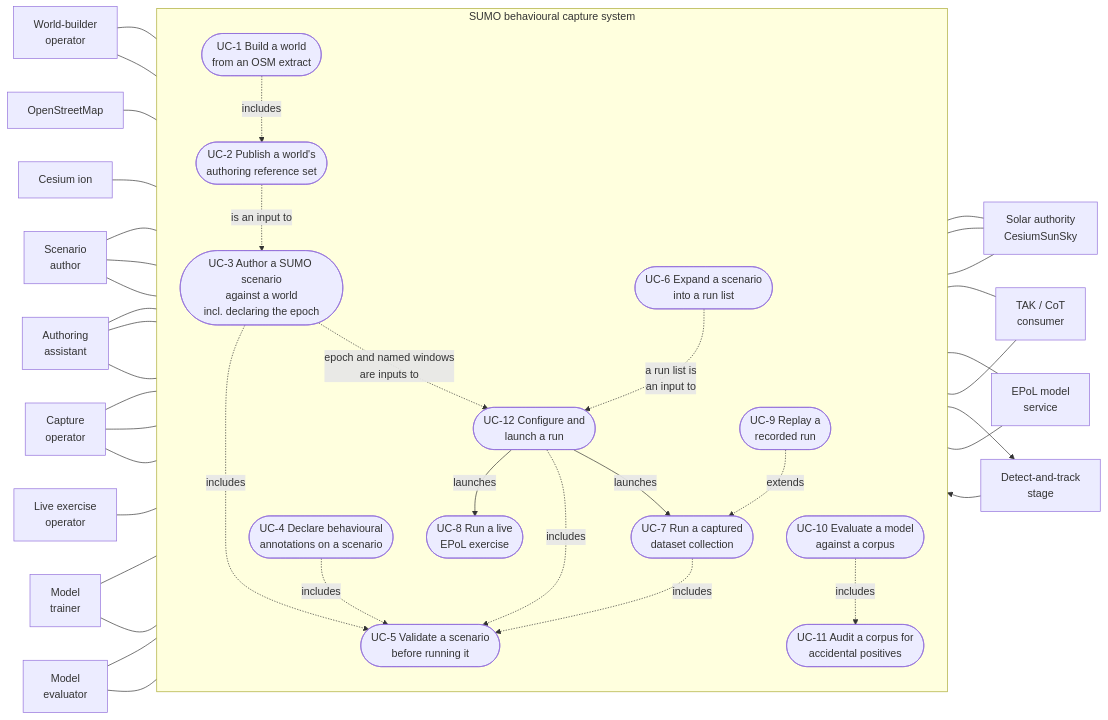
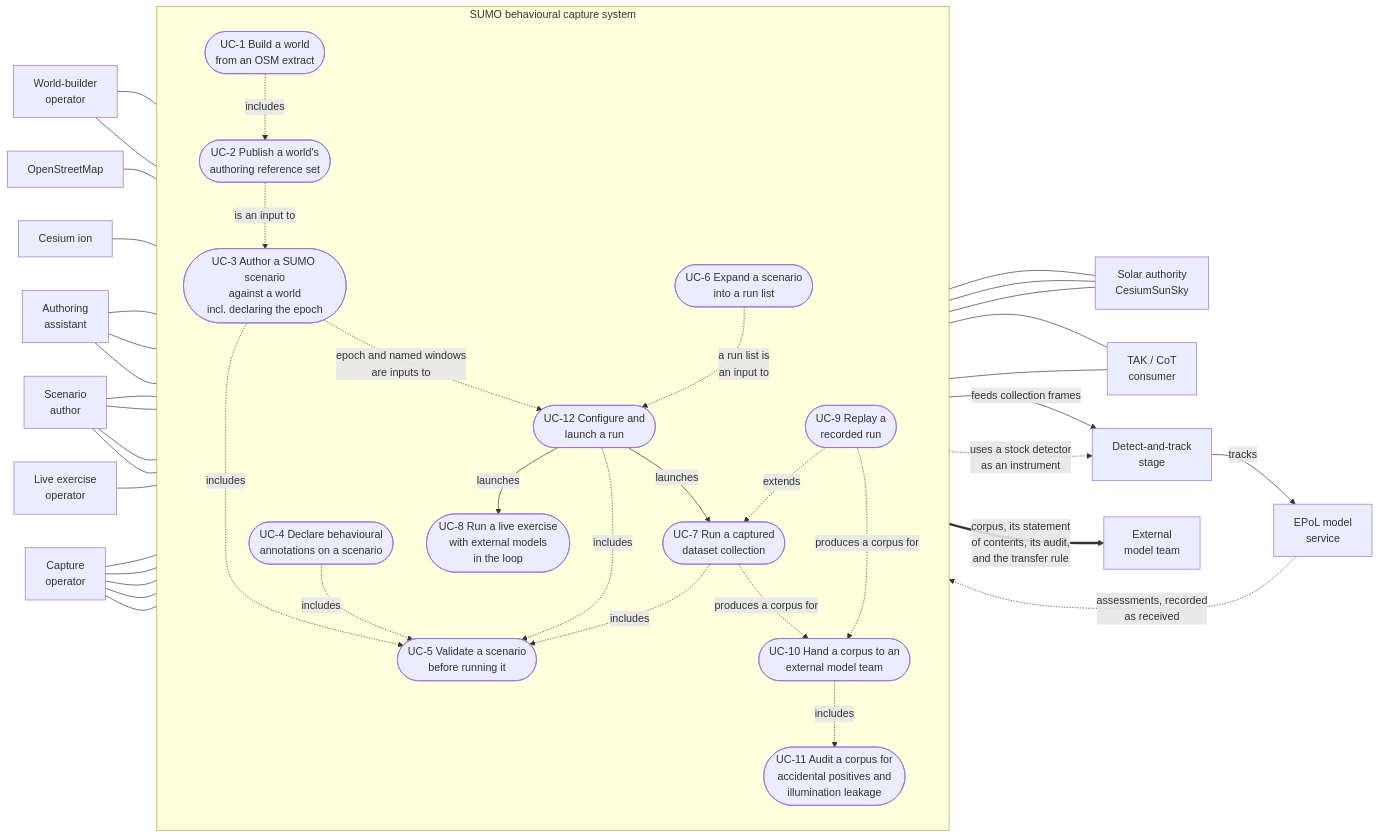
The first of 4 diagrams in Docs/CAT_Research/Plans/SUMO_Behavioral_Capture/02_Use_Cases.md (sbrett9/carla), drawn with Mermaid before and after one commit. The commit also changed other lines of this file and 10 other files, not shown here.

````diff
--- a/Docs/CAT_Research/Plans/SUMO_Behavioral_Capture/02_Use_Cases.md
+++ b/Docs/CAT_Research/Plans/SUMO_Behavioral_Capture/02_Use_Cases.md
@@ -117,78 +234,79 @@
 ```mermaid
 flowchart LR
     AUTH["Scenario<br/>author"]
     ASSIST["Authoring<br/>assistant"]
     WOP["World-builder<br/>operator"]
     COP["Capture<br/>operator"]
-    TRN["Model<br/>trainer"]
-    EVL["Model<br/>evaluator"]
     LOP["Live exercise<br/>operator"]
 
     OSM["OpenStreetMap"]
     ION["Cesium ion"]
     SUN["Solar authority<br/>CesiumSunSky"]
     TAK["TAK / CoT<br/>consumer"]
     DAT["Detect-and-track<br/>stage"]
     EPOL["EPoL model<br/>service"]
+    MTEAM["External<br/>model team"]
 
     subgraph SYS["SUMO behavioural capture system"]
         direction TB
         UC1(["UC-1 Build a world<br/>from an OSM extract"])
         UC2(["UC-2 Publish a world's<br/>authoring reference set"])
         UC3(["UC-3 Author a SUMO scenario<br/>against a world<br/>incl. declaring the epoch"])
         UC4(["UC-4 Declare behavioural<br/>annotations on a scenario"])
         UC5(["UC-5 Validate a scenario<br/>before running it"])
         UC6(["UC-6 Expand a scenario<br/>into a run list"])
         UC12(["UC-12 Configure and<br/>launch a run"])
         UC7(["UC-7 Run a captured<br/>dataset collection"])
-        UC8(["UC-8 Run a live<br/>EPoL exercise"])
+        UC8(["UC-8 Run a live exercise<br/>with external models<br/>in the loop"])
         UC9(["UC-9 Replay a<br/>recorded run"])
-        UC10(["UC-10 Evaluate a model<br/>against a corpus"])
-        UC11(["UC-11 Audit a corpus for<br/>accidental positives"])
+        UC11(["UC-11 Audit a corpus for<br/>accidental positives and<br/>illumination leakage"])
+        UC10(["UC-10 Hand a corpus to an<br/>external model team"])
     end
 
     WOP --- UC1
     WOP --- UC2
     OSM --- UC1
     ION --- UC1
     UC1 -.->|"includes"| UC2
 
     AUTH --- UC3
     AUTH --- UC4
     ASSIST --- UC3
     ASSIST --- UC4
     ASSIST --- UC5
     UC2 -.->|"is an input to"| UC3
     UC3 -.->|"includes"| UC5
     UC4 -.->|"includes"| UC5
 
     AUTH --- UC6
     COP --- UC6
     COP --- UC12
     LOP --- UC12
     COP --- UC9
     UC3 -.->|"epoch and named windows<br/>are inputs to"| UC12
     UC6 -.->|"a run list is<br/>an input to"| UC12
     UC12 -.->|"includes"| UC5
     UC12 -->|"launches"| UC7
     UC12 -->|"launches"| UC8
     UC7 -.->|"includes"| UC5
     UC9 -.->|"extends"| UC7
 
     UC7 --- SUN
     UC8 --- SUN
     UC9 --- SUN
 
     UC8 --- TAK
-    UC8 --- EPOL
     UC7 --- TAK
+    UC8 -->|"feeds collection frames"| DAT
+    DAT -->|"tracks"| EPOL
+    EPOL -.->|"assessments, recorded<br/>as received"| UC8
 
-    UC7 --> DAT
-    DAT --> UC10
-    EPOL --- UC10
-    TRN --- UC10
-    EVL --- UC10
-    EVL --- UC11
-    TRN --- UC11
+    COP --- UC10
+    COP --- UC11
+    AUTH --- UC11
+    UC7 -.->|"produces a corpus for"| UC10
+    UC9 -.->|"produces a corpus for"| UC10
     UC10 -.->|"includes"| UC11
+    UC11 -.->|"uses a stock detector<br/>as an instrument"| DAT
+    UC10 ==>|"corpus, its statement<br/>of contents, its audit,<br/>and the transfer rule"| MTEAM
 ```
````
